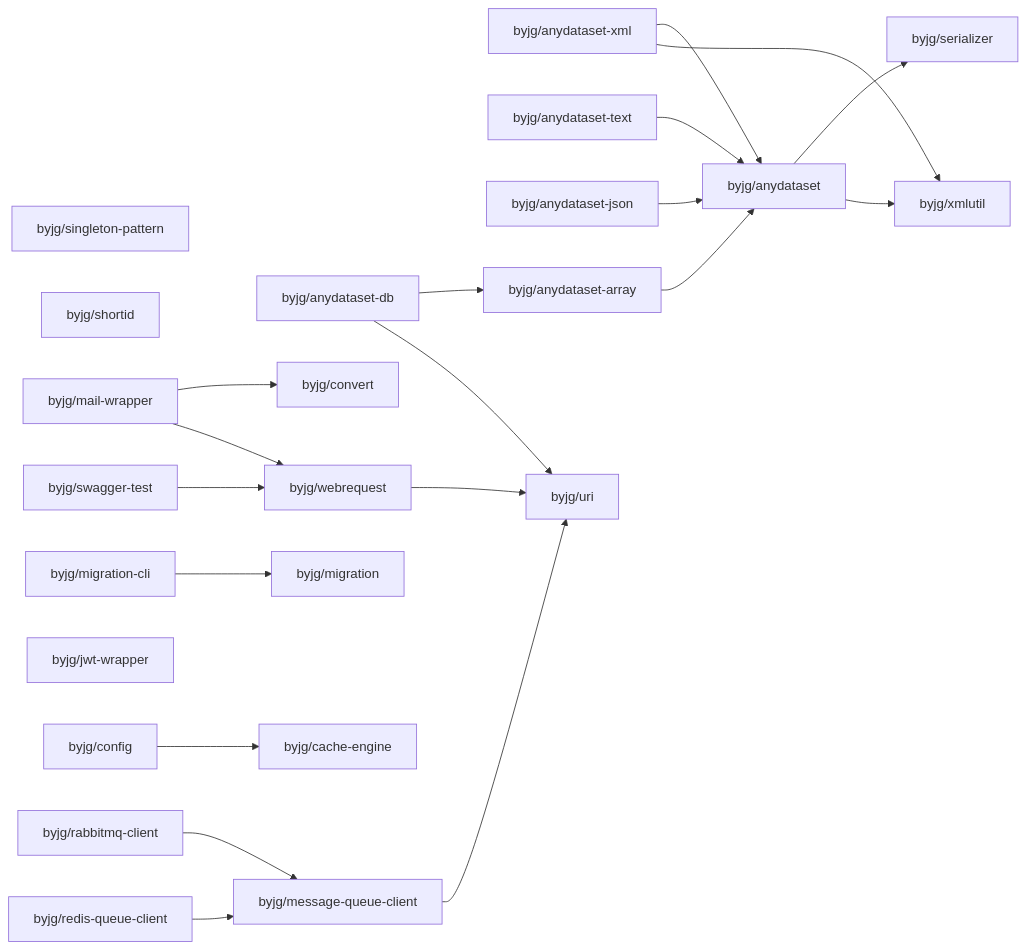
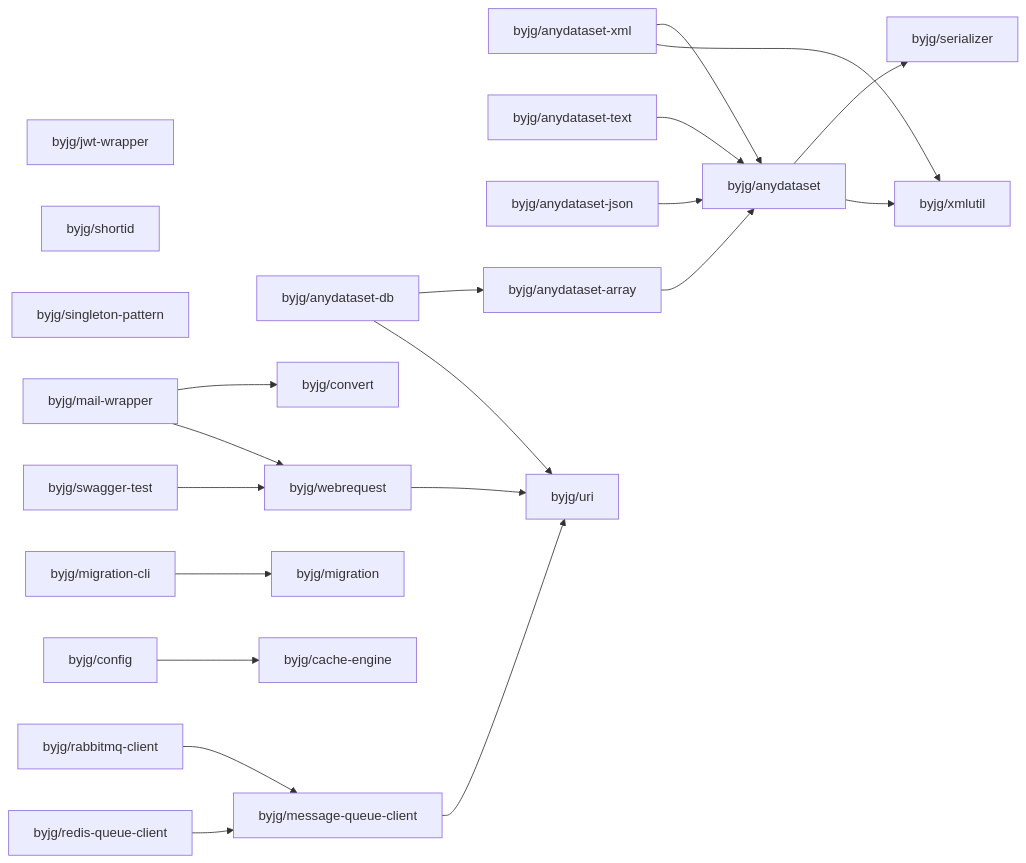
One commit to byjg/byjg.github.io changed the diagram in php/README.md. Above: the diagram before and after it, drawn with Mermaid. The commit also changed other lines of this file, not shown here.

Commit message:
Update documentation 'php' 'php-config'

````diff
--- a/php/README.md
+++ b/php/README.md
@@ -3,44 +3,44 @@
 ```mermaid
 graph LR;
+  byjg/jwt-wrapper;
+  byjg/shortid;
+  byjg/anydataset-xml;
   byjg/singleton-pattern;
-  byjg/shortid;
   byjg/mail-wrapper;
-  byjg/anydataset-xml;
+  byjg/swagger-test;
+  byjg/migration-cli;
   byjg/anydataset-db;
+  byjg/anydataset-text;
+  byjg/anydataset-json;
+  byjg/config;
+  byjg/rabbitmq-client;
   byjg/redis-queue-client;
-  byjg/migration-cli;
-  byjg/jwt-wrapper;
-  byjg/anydataset-text;
-  byjg/swagger-test;
-  byjg/config;
-  byjg/anydataset-json;
-  byjg/rabbitmq-client;
   byjg/convert;
+  byjg/webrequest;
+  byjg/migration;
   byjg/anydataset-array;
-  byjg/migration;
-  byjg/webrequest;
   byjg/cache-engine;
   byjg/message-queue-client;
   byjg/anydataset;
   byjg/uri;
   byjg/serializer;
   byjg/xmlutil;
   byjg/config --> byjg/cache-engine;
   byjg/anydataset-text --> byjg/anydataset;
   byjg/webrequest --> byjg/uri;
   byjg/rabbitmq-client --> byjg/message-queue-client;
   byjg/anydataset-xml --> byjg/anydataset;
   byjg/anydataset-xml --> byjg/xmlutil;
   byjg/anydataset-array --> byjg/anydataset;
   byjg/mail-wrapper --> byjg/convert;
   byjg/mail-wrapper --> byjg/webrequest;
   byjg/message-queue-client --> byjg/uri;
   byjg/anydataset-db --> byjg/anydataset-array;
   byjg/anydataset-db --> byjg/uri;
   byjg/anydataset-json --> byjg/anydataset;
   byjg/redis-queue-client --> byjg/message-queue-client;
   byjg/swagger-test --> byjg/webrequest;
   byjg/migration-cli --> byjg/migration;
   byjg/anydataset --> byjg/serializer;
   byjg/anydataset --> byjg/xmlutil;
 ```
````
